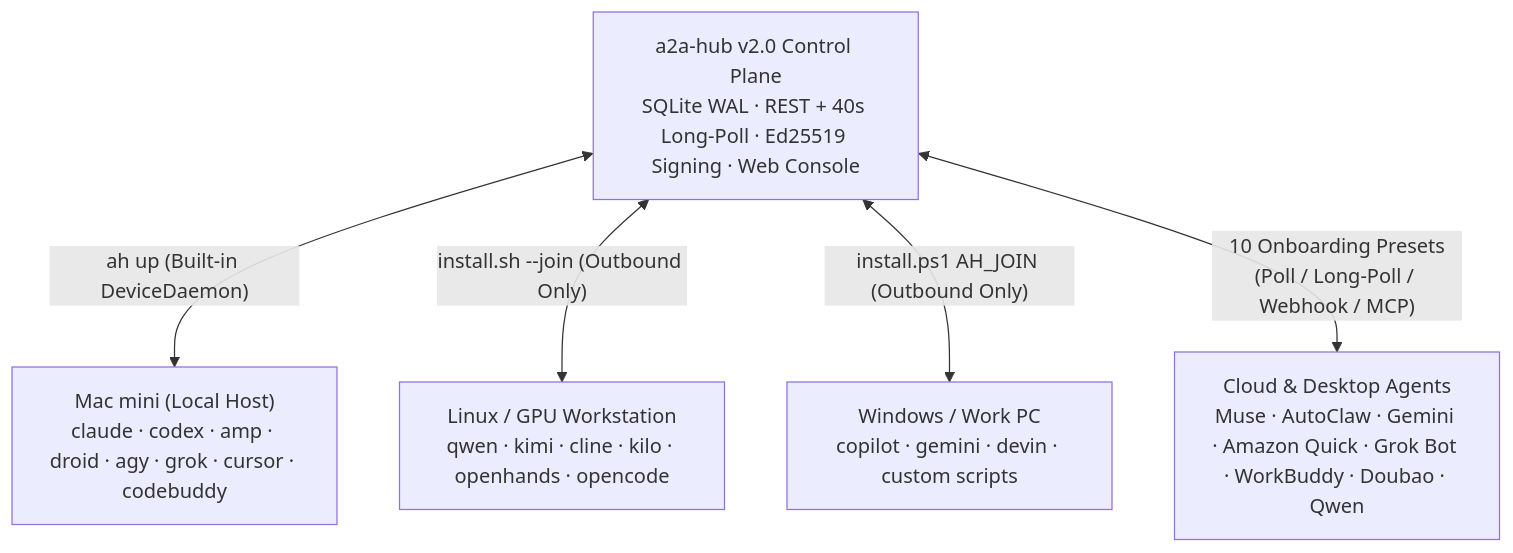
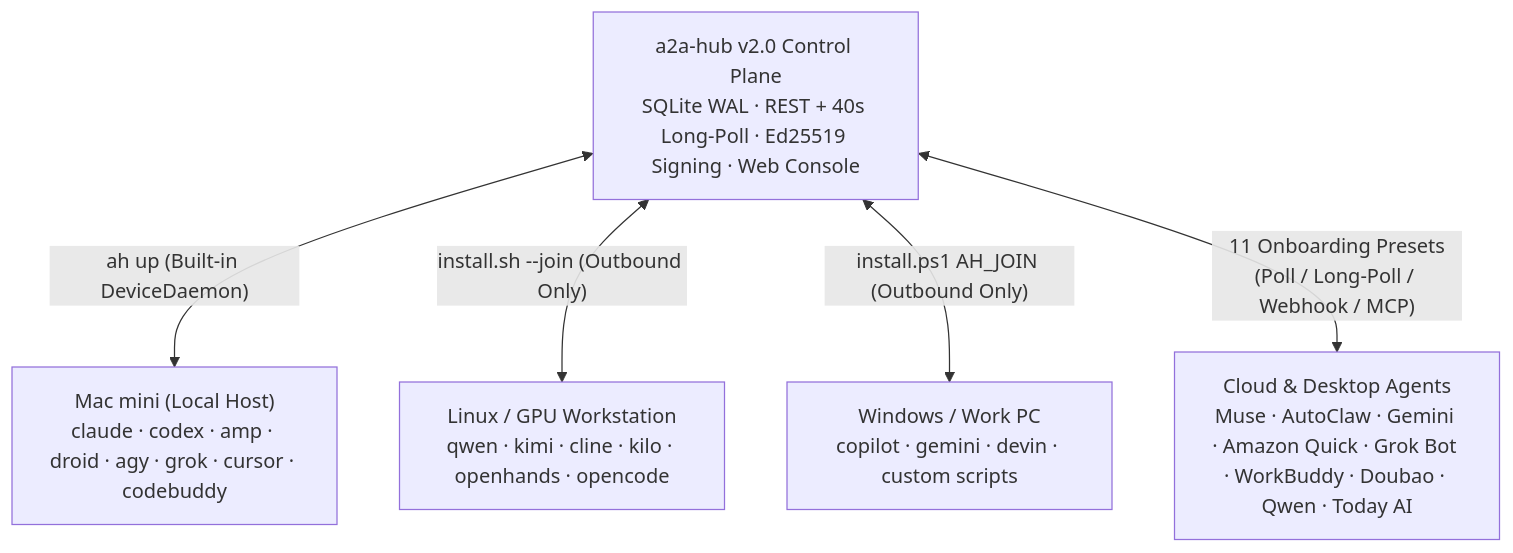
One commit to backtomyfuture/a2a-hub changed the first of 3 diagrams in README.en.md. Above: the diagram before and after it, drawn with Mermaid. The commit also changed other lines of this file and 8 other files, not shown here.

Commit message:
feat(templates): add Today AI 15m HTTP poll template

````diff
--- a/README.en.md
+++ b/README.en.md
@@ -31,8 +31,8 @@
 ```mermaid
 flowchart TB
     HUB["a2a-hub v2.0 Control Plane\nSQLite WAL · REST + 40s Long-Poll · Ed25519 Signing · Web Console"]
     HUB <-->|"ah up (Built-in DeviceDaemon)"| M1["Mac mini (Local Host)\nclaude · codex · amp · droid · agy · grok · cursor · codebuddy"]
     HUB <-->|"install.sh --join (Outbound Only)"| M2["Linux / GPU Workstation\nqwen · kimi · cline · kilo · openhands · opencode"]
     HUB <-->|"install.ps1 AH_JOIN (Outbound Only)"| M3["Windows / Work PC\ncopilot · gemini · devin · custom scripts"]
-    HUB <-->|"10 Onboarding Presets\n(Poll / Long-Poll / Webhook / MCP)"| C1["Cloud & Desktop Agents\nMuse · AutoClaw · Gemini · Amazon Quick · Grok Bot · WorkBuddy · Doubao · Qwen"]
+    HUB <-->|"11 Onboarding Presets\n(Poll / Long-Poll / Webhook / MCP)"| C1["Cloud & Desktop Agents\nMuse · AutoClaw · Gemini · Amazon Quick · Grok Bot · WorkBuddy · Doubao · Qwen · Today AI"]
 ```
````
